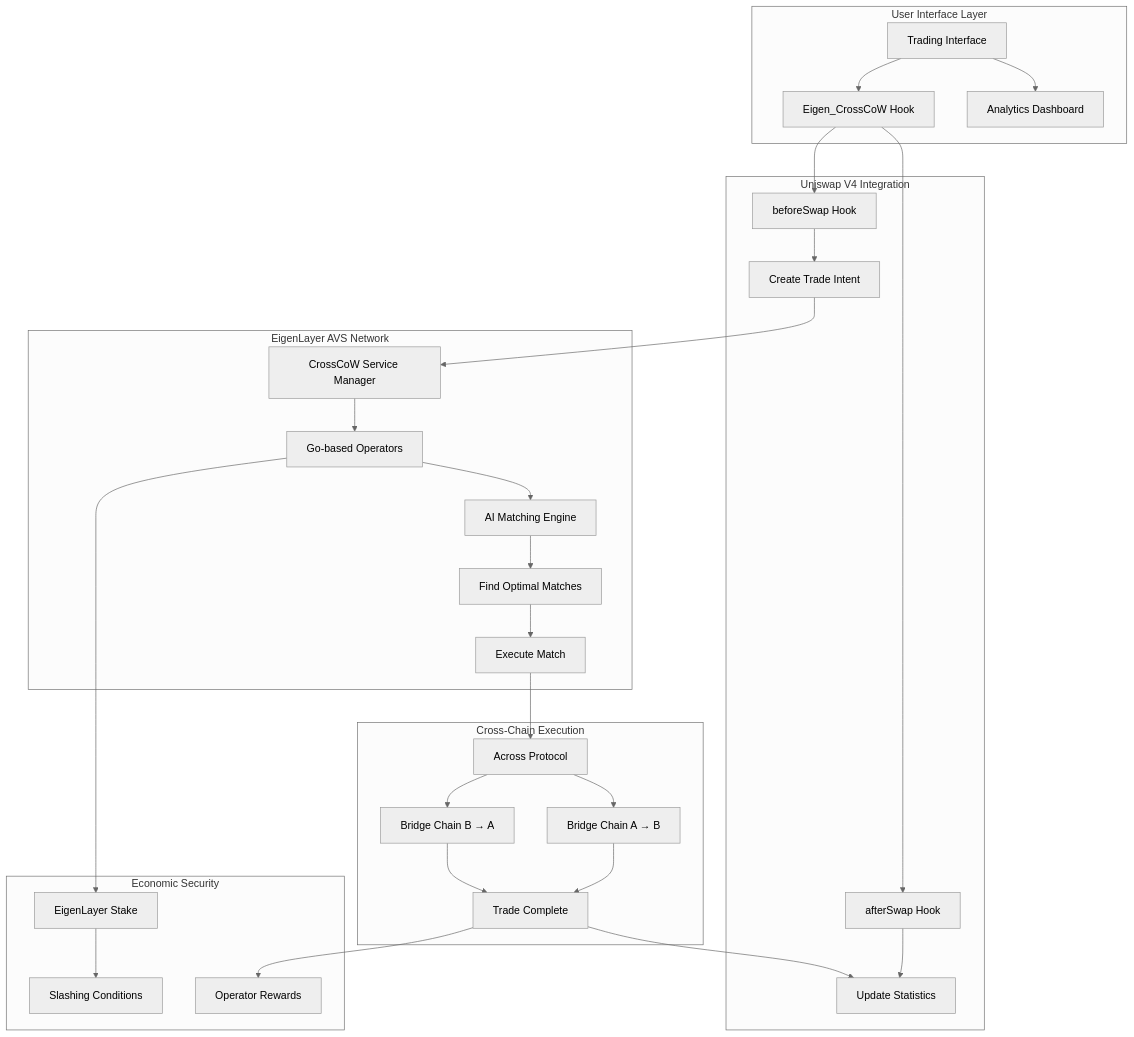
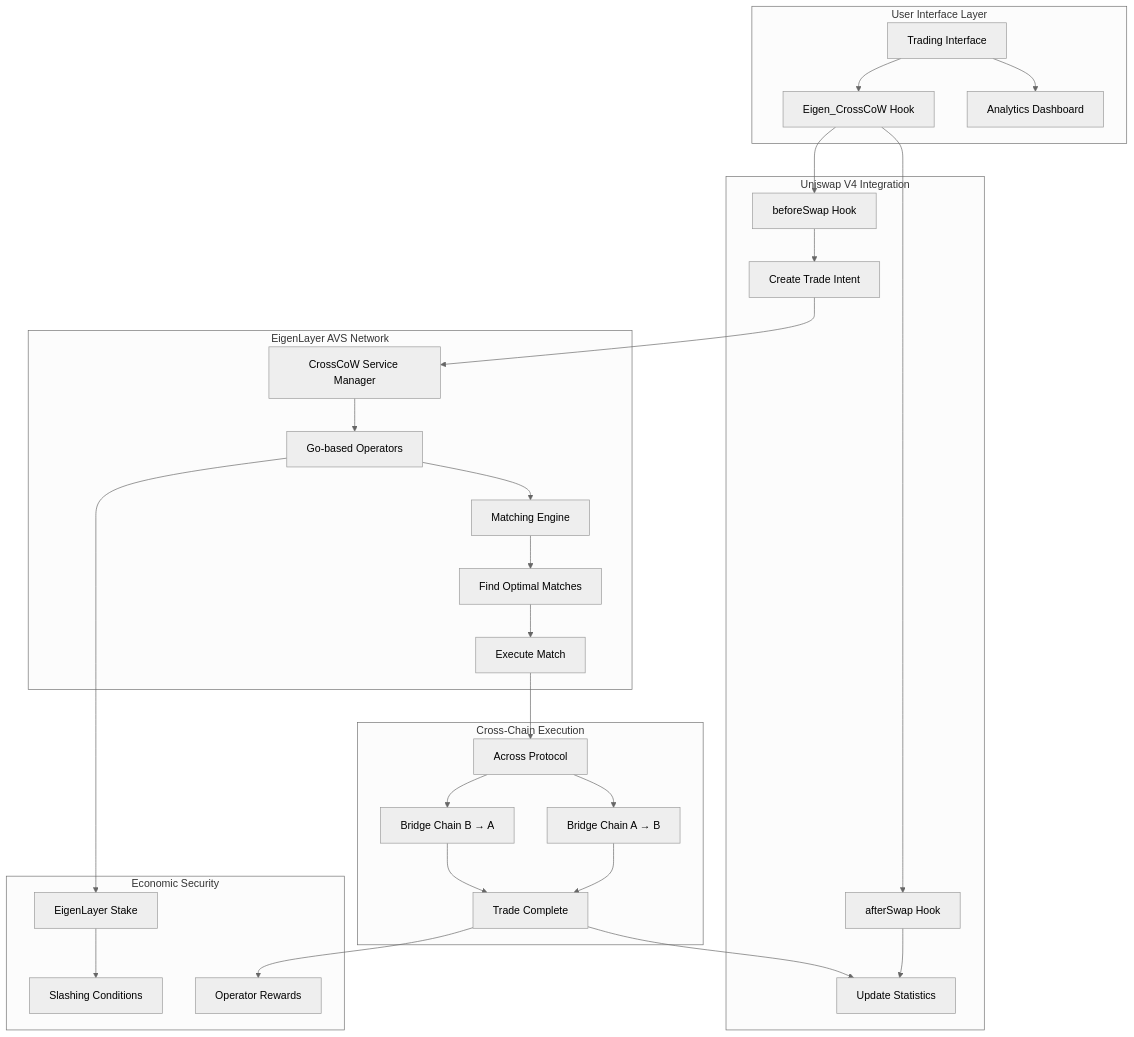
Before and after one commit to Najnomics/Eigen_CrossCoW: the first of 3 diagrams in README.md, drawn with Mermaid (neutral theme). The commit also changed other lines of this file and 48 other files, not shown here.

````diff
--- a/README.md
+++ b/README.md
@@ -151,38 +151,38 @@
 ```mermaid
 graph TB
     subgraph "User Interface Layer"
         UI[Trading Interface] --> Hook[Eigen_CrossCoW Hook]
         UI --> Dashboard[Analytics Dashboard]
     end
     
     subgraph "Uniswap V4 Integration"
         Hook --> BeforeSwap[beforeSwap Hook]
         Hook --> AfterSwap[afterSwap Hook]
         BeforeSwap --> Intent[Create Trade Intent]
         AfterSwap --> Stats[Update Statistics]
     end
     
     subgraph "EigenLayer AVS Network"
         Intent --> AVS[CrossCoW Service Manager]
         AVS --> Operators[Go-based Operators]
-        Operators --> AI[AI Matching Engine]
-        AI --> Match[Find Optimal Matches]
+        Operators --> Engine[Matching Engine]
+        Engine --> Match[Find Optimal Matches]
         Match --> Execution[Execute Match]
     end
     
     subgraph "Cross-Chain Execution"
         Execution --> Across[Across Protocol]
         Across --> Bridge1[Bridge Chain A → B]
         Across --> Bridge2[Bridge Chain B → A]
         Bridge1 --> Complete[Trade Complete]
         Bridge2 --> Complete
     end
     
     subgraph "Economic Security"
         Operators --> Stake[EigenLayer Stake]
         Stake --> Slash[Slashing Conditions]
         Complete --> Rewards[Operator Rewards]
     end
     
     Complete --> Stats
 ```
````
